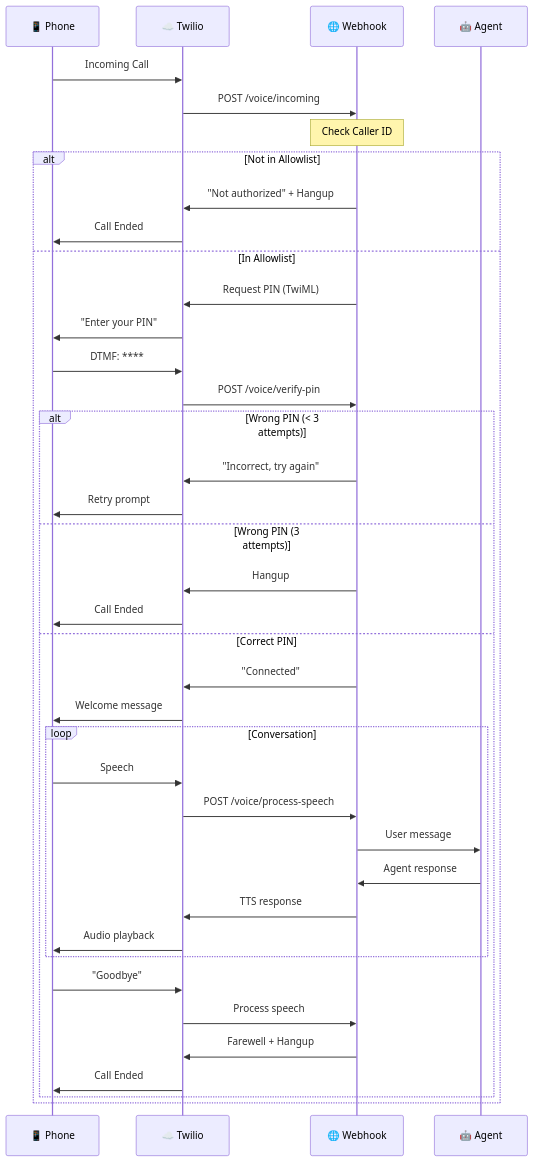
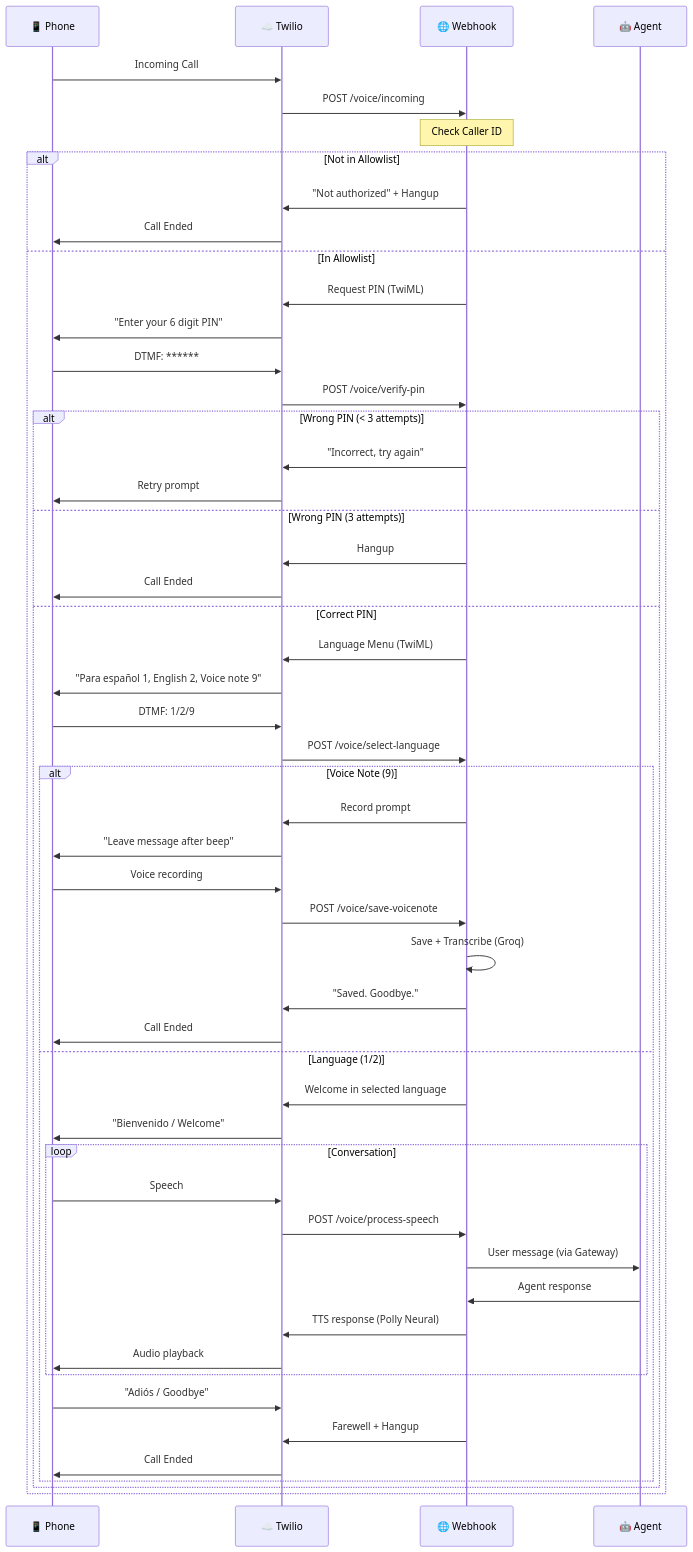
Before and after one commit to CodaLabs-xyz/openclaw-twilio-voice-skill: the second of 4 diagrams in README.md, drawn with Mermaid. The commit also changed other lines of this file, not shown here.

First line of the commit message:
docs: update mermaid diagrams to reflect current architecture

````diff
--- a/README.md
+++ b/README.md
@@ -65,46 +78,60 @@
 ```mermaid
 sequenceDiagram
     participant P as 📱 Phone
     participant T as ☁️ Twilio
     participant W as 🌐 Webhook
     participant A as 🤖 Agent
     
     P->>T: Incoming Call
     T->>W: POST /voice/incoming
     
     Note over W: Check Caller ID
     alt Not in Allowlist
         W->>T: "Not authorized" + Hangup
         T->>P: Call Ended
     else In Allowlist
         W->>T: Request PIN (TwiML)
-        T->>P: "Enter your PIN"
-        P->>T: DTMF: ****
+        T->>P: "Enter your 6 digit PIN"
+        P->>T: DTMF: ******
         T->>W: POST /voice/verify-pin
         
         alt Wrong PIN (< 3 attempts)
             W->>T: "Incorrect, try again"
             T->>P: Retry prompt
         else Wrong PIN (3 attempts)
             W->>T: Hangup
             T->>P: Call Ended
         else Correct PIN
-            W->>T: "Connected"
-            T->>P: Welcome message
+            W->>T: Language Menu (TwiML)
+            T->>P: "Para español 1, English 2, Voice note 9"
+            P->>T: DTMF: 1/2/9
+            T->>W: POST /voice/select-language
             
-            loop Conversation
-                P->>T: Speech
-                T->>W: POST /voice/process-speech
-                W->>A: User message
-                A->>W: Agent response
-                W->>T: TTS response
-                T->>P: Audio playback
+            alt Voice Note (9)
+                W->>T: Record prompt
+                T->>P: "Leave message after beep"
+                P->>T: Voice recording
+                T->>W: POST /voice/save-voicenote
+                W->>W: Save + Transcribe (Groq)
+                W->>T: "Saved. Goodbye."
+                T->>P: Call Ended
+            else Language (1/2)
+                W->>T: Welcome in selected language
+                T->>P: "Bienvenido / Welcome"
+                
+                loop Conversation
+                    P->>T: Speech
+                    T->>W: POST /voice/process-speech
+                    W->>A: User message (via Gateway)
+                    A->>W: Agent response
+                    W->>T: TTS response (Polly Neural)
+                    T->>P: Audio playback
+                end
+                
+                P->>T: "Adiós / Goodbye"
+                W->>T: Farewell + Hangup
+                T->>P: Call Ended
             end
-            
-            P->>T: "Goodbye"
-            T->>W: Process speech
-            W->>T: Farewell + Hangup
-            T->>P: Call Ended
         end
     end
 ```
````
